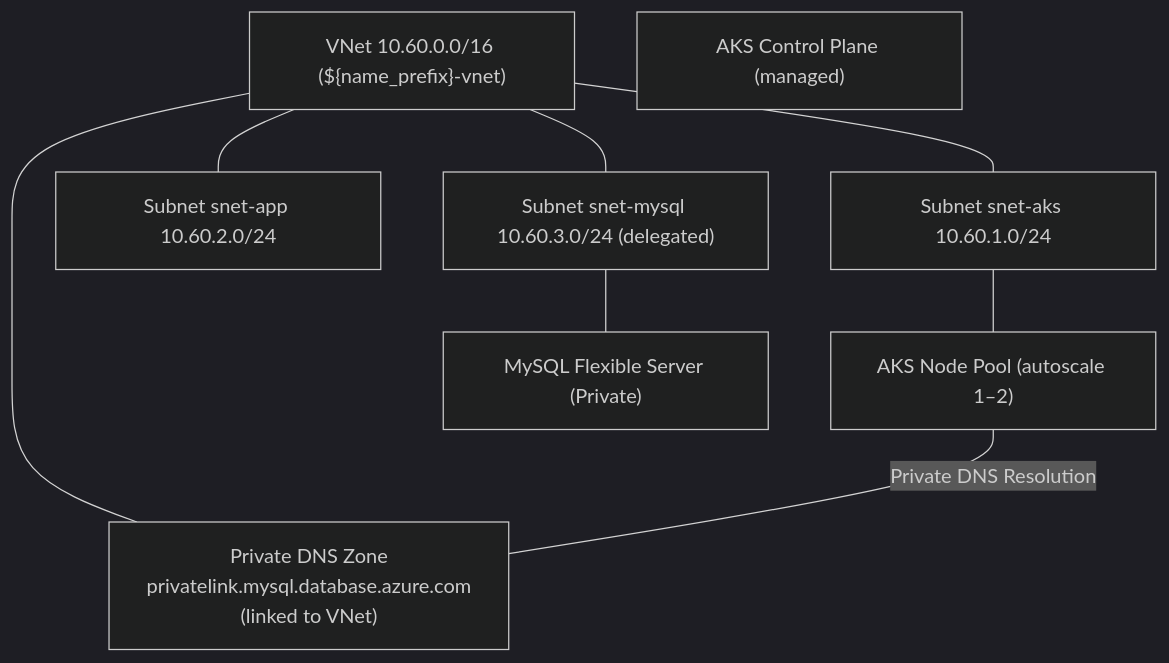
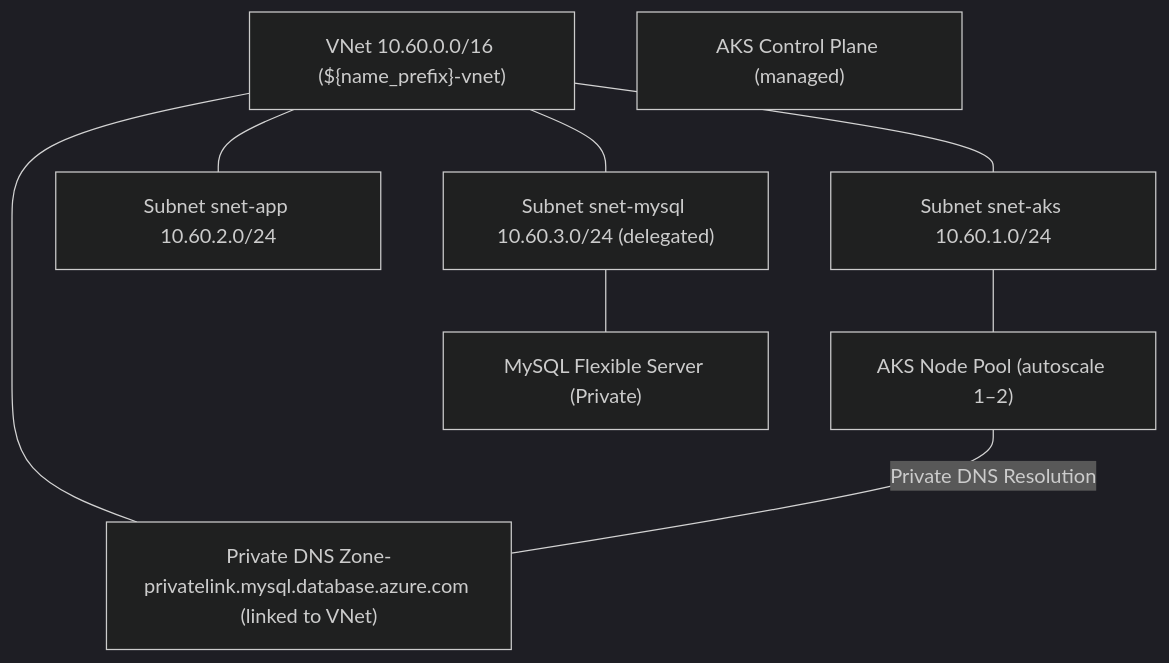
One commit to sandipbhowmik/abb-demo changed the first of 5 diagrams in task1-infra-as-code-design/README.md. Above: the diagram before and after it, drawn with Mermaid (dark theme). The commit also changed other lines of this file, not shown here.

````diff
--- a/task1-infra-as-code-design/README.md
+++ b/task1-infra-as-code-design/README.md
@@ -29,21 +28,21 @@
 ```mermaid
 flowchart TB
   VNET["VNet 10.60.0.0/16 (${name_prefix}-vnet)"]
   SNET_AKS["Subnet snet-aks 10.60.1.0/24"]
   SNET_APP["Subnet snet-app 10.60.2.0/24"]
   SNET_MYSQL["Subnet snet-mysql 10.60.3.0/24 (delegated)"]
-  PDNS["Private DNS Zone\nprivatelink.mysql.database.azure.com\n(linked to VNet)"]
+  PDNS["Private DNS Zone-privatelink.mysql.database.azure.com (linked to VNet)"]
 
   VNET --- SNET_AKS
   VNET --- SNET_APP
   VNET --- SNET_MYSQL
   VNET --- PDNS
 
   AKS["AKS Control Plane (managed)"]
   NODES["AKS Node Pool (autoscale 1–2)"]
   MYSQL["MySQL Flexible Server (Private)"]
 
   SNET_AKS --- NODES
   SNET_MYSQL --- MYSQL
   NODES ---|Private DNS Resolution| PDNS
 ```
````
